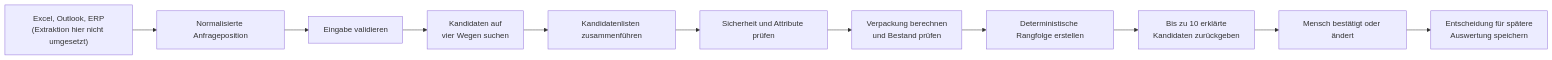
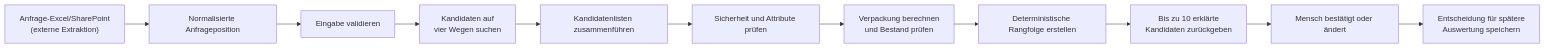
Before and after one commit to TUM-Social-AI/action-medeor: the diagram in apps/backend/app/matching/README_DE.md, drawn with Mermaid. The commit also changed other lines of this file and 45 other files, not shown here.

````diff
--- a/apps/backend/app/matching/README_DE.md
+++ b/apps/backend/app/matching/README_DE.md
@@ -12,13 +14,13 @@
 ```mermaid
 flowchart LR
-    S["Excel, Outlook, ERP<br/>(Extraktion hier nicht umgesetzt)"] --> A["Normalisierte Anfrageposition"]
+    S["Anfrage-Excel/SharePoint<br/>(externe Extraktion)"] --> A["Normalisierte Anfrageposition"]
     A --> B["Eingabe validieren"]
     B --> C["Kandidaten auf<br/>vier Wegen suchen"]
     C --> D["Kandidatenlisten zusammenführen"]
     D --> E["Sicherheit und Attribute prüfen"]
     E --> F["Verpackung berechnen<br/>und Bestand prüfen"]
     F --> G["Deterministische Rangfolge erstellen"]
     G --> H["Bis zu 10 erklärte<br/>Kandidaten zurückgeben"]
     H --> I["Mensch bestätigt oder ändert"]
     I --> J["Entscheidung für spätere<br/>Auswertung speichern"]
 ```
````
